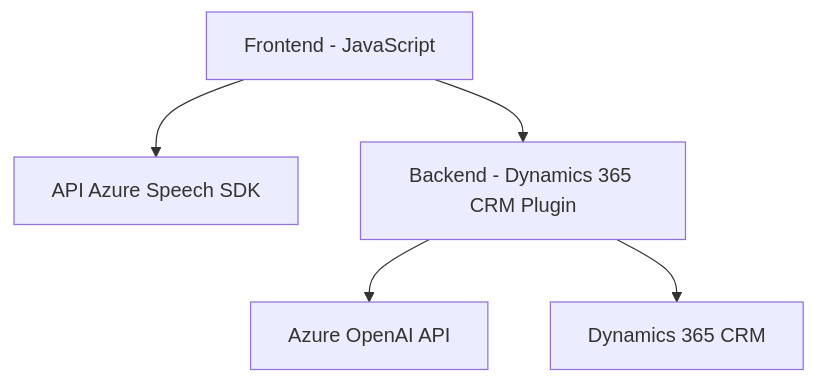
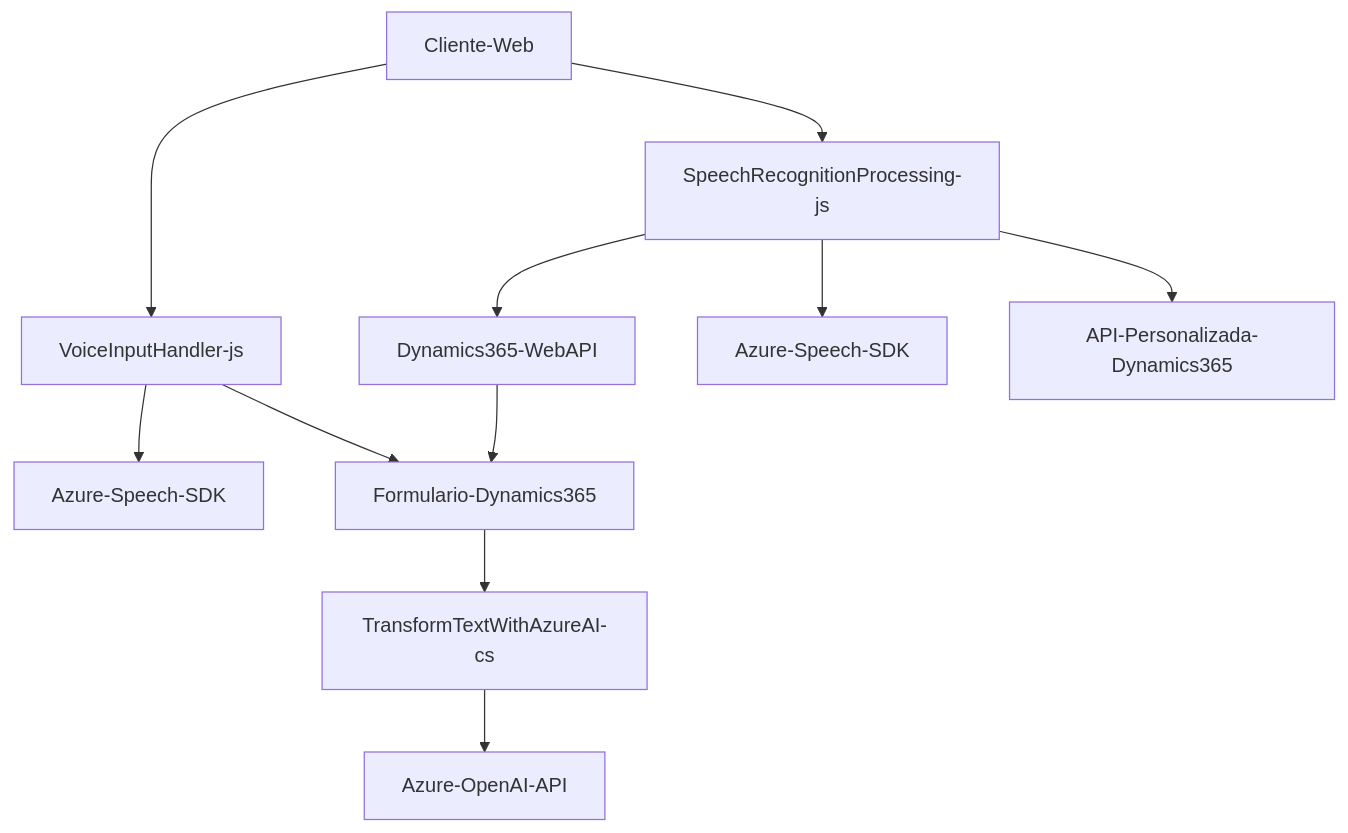
The diagram in README.md (blopezdm/NETCORE_BILBAO2025), drawn with Mermaid before and after one commit. The commit also changed other lines of this file, not shown here.

````diff
--- a/README.md
+++ b/README.md
@@ -45,7 +41,13 @@
 ```mermaid
 graph TD
-    A["Frontend - JavaScript"] --> B["API Azure Speech SDK"]
-    A --> C["Backend - Dynamics 365 CRM Plugin"]
-    C --> D["Azure OpenAI API"]
-    C --> E["Dynamics 365 CRM"]
+    A[Cliente-Web] --> B[VoiceInputHandler-js]
+    A --> C[SpeechRecognitionProcessing-js]
+    B --> D["Azure-Speech-SDK"]
+    B --> E[Formulario-Dynamics365]
+    C --> F["Dynamics365-WebAPI"]
+    C --> G["Azure-Speech-SDK"]
+    F --> E
+    C --> H["API-Personalizada-Dynamics365"]
+    E --> I[TransformTextWithAzureAI-cs]
+    I --> J["Azure-OpenAI-API"]
 ```
````
